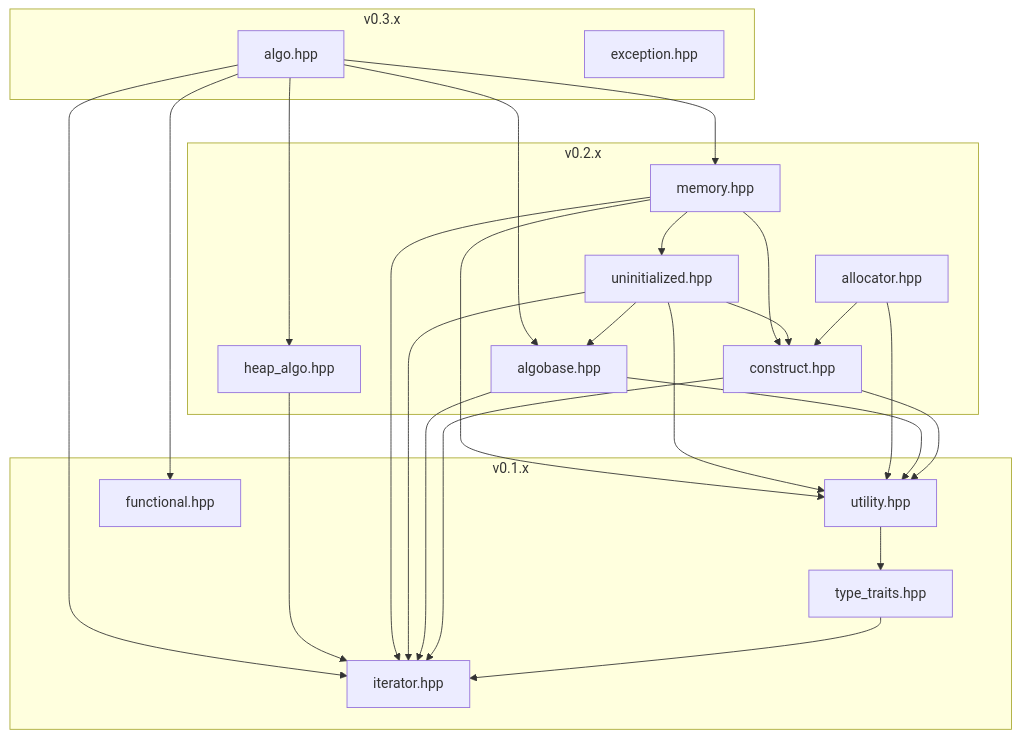
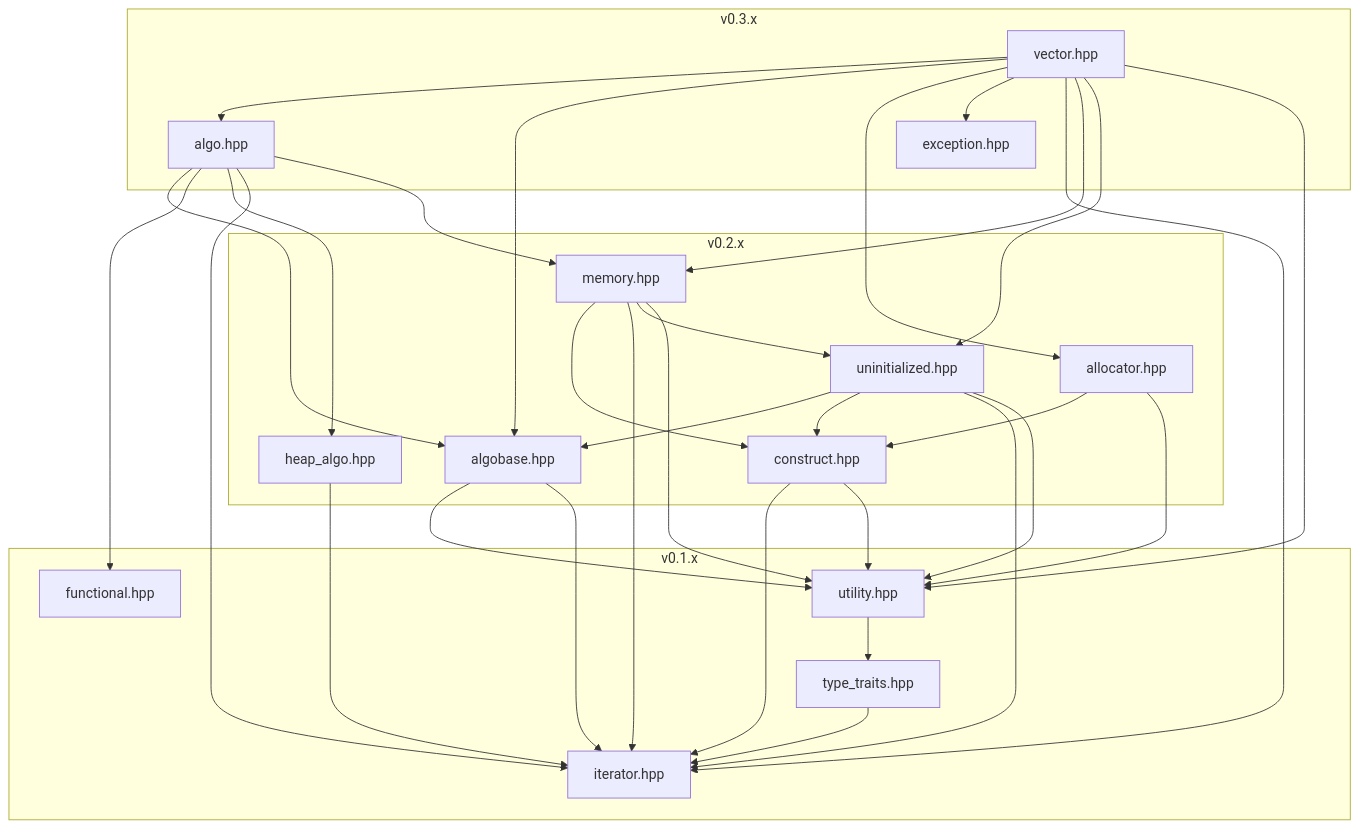
The first of 11 diagrams in README.md (LiuYuan-SHU/tiny_stl), drawn with Mermaid before and after one commit.

Commit message:
vector.hpp: doc finished

````diff
--- a/README.md
+++ b/README.md
@@ -90,34 +90,36 @@
 ```mermaid
 flowchart TD
 
 subgraph v0.1.x
   iterator[iterator.hpp]
   type_traits[type_traits.hpp]
   utility[utility.hpp]
   functional[functional.hpp]
 end
 
 subgraph v0.2.x
   construct[construct.hpp]
   algobase[algobase.hpp]
   allocator[allocator.hpp]
   uninitialized[uninitialized.hpp]
   memory[memory.hpp]
   heap_algo[heap_algo.hpp]
 end
 
 subgraph v0.3.x
   algo[algo.hpp]
   exception[exception.hpp]
+  vector[vector.hpp]
 end
 
 type_traits --> iterator
 utility --> type_traits
 construct --> iterator & utility 
 algobase --> utility & iterator
 allocator --> construct & utility
 uninitialized --> algobase & construct & iterator & utility
 memory --> construct & iterator & uninitialized & utility
 heap_algo --> iterator
 algo --> algobase & functional & heap_algo & iterator & memory
+vector --> algo & algobase & allocator & exception & iterator & memory & uninitialized & utility
 ```
````
